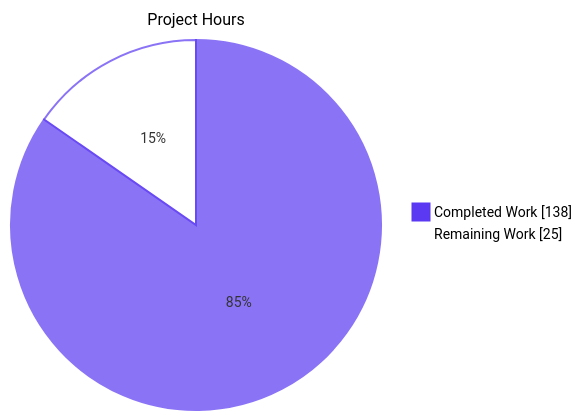
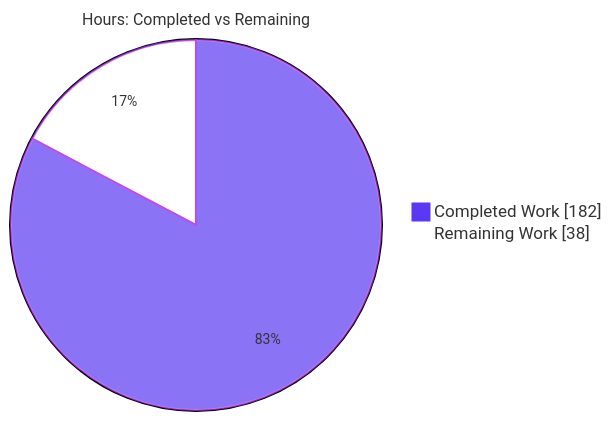
Before and after one commit to Blitzy-Sandbox/blitzy-ArkCase: the second of 3 diagrams in blitzy/documentation/Project Guide.md, drawn with Mermaid. The commit also changed other lines of this file, not shown here.

Commit message:
Adding Blitzy Project Guide: Project Status and Human Tasks Remaining

````diff
--- a/blitzy/documentation/Project Guide.md
+++ b/blitzy/documentation/Project Guide.md
@@ -301,7 +218,6 @@
 ```mermaid
-%%{init: {'pie': {'textPosition': 0.5}, 'themeVariables': {'pieOuterStrokeWidth': '0px', 'pie1': '#5B39F3', 'pie2': '#FFFFFF', 'pieStrokeColor': '#5B39F3', 'pieTitleTextSize': '16px', 'pieSectionTextSize': '14px', 'pieLegendTextSize': '14px'}}}%%
-pie showData
-    title Project Hours
-    "Completed Work" : 138
-    "Remaining Work" : 25
+%%{init: {'theme':'base', 'themeVariables': {'pie1':'#5B39F3','pie2':'#FFFFFF','pieStrokeColor':'#B23AF2','pieStrokeWidth':'2px','pieTitleTextSize':'16px','pieSectionTextSize':'14px'}}}%%
+pie showData title Hours: Completed vs Remaining
+    "Completed Work" : 182
+    "Remaining Work" : 38
 ```
````
